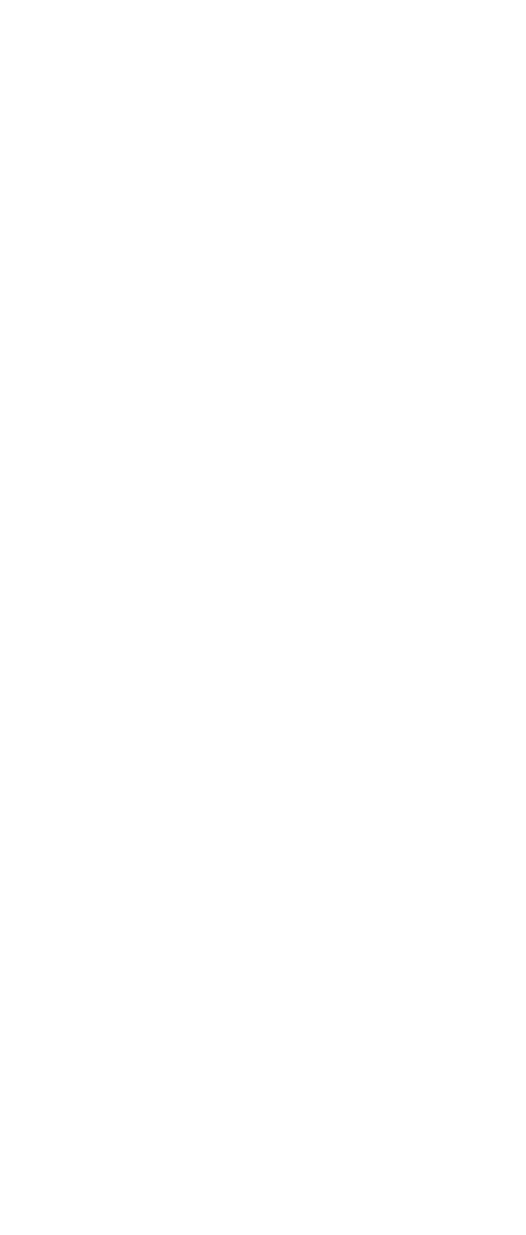
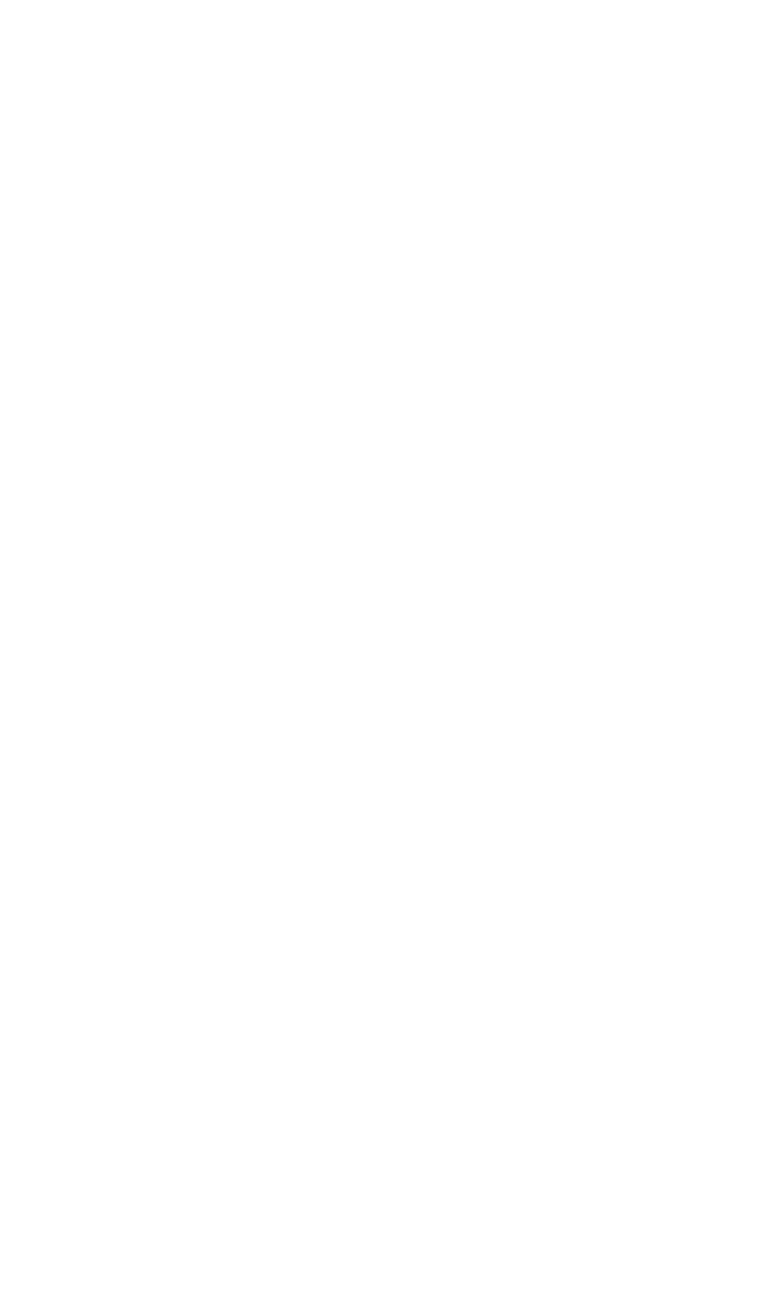
Before and after one commit to mickey-is-codin/data-structures: the diagram in binary-trees/graphviz/rand_tree.dot, drawn with Graphviz. The commit also changed 4 other files, not shown here.

```diff
--- a/binary-trees/graphviz/rand_tree.dot
+++ b/binary-trees/graphviz/rand_tree.dot
@@ -1,36 +1,96 @@
 digraph BST {
 	graph [ dpi = 300 ];
 	node [shape=circle];
 	size="6,6";
 	24 -> 0;
 	24 -> 88;
 	0 -> -59;
 	0 -> 13;
+	-59 -> -97;
+	-59 -> -54;
 null1 [shape=point];
-	-59 -> null1;
-	-59 -> -54;
-null2 [shape=point];
-	-54 -> null2;
+	-97 -> null1;
+	-97 -> -72;
+	-72 -> -73;
+null2 [shape=point]
+	-72 -> null2;
+	-73 -> -91;
+null3 [shape=point]
+	-73 -> null3;
+null4 [shape=point];
+	-91 -> null4;
+	-91 -> -84;
+null5 [shape=point];
+	-84 -> null5;
+null6 [shape=point]
+	-84 -> null6;
+null7 [shape=point];
+	-54 -> null7;
 	-54 -> -11;
 	-11 -> -48;
-null3 [shape=point]
-	-11 -> null3;
-null4 [shape=point];
-	-48 -> null4;
-null5 [shape=point]
-	-48 -> null5;
-null6 [shape=point];
-	13 -> null6;
+	-11 -> -9;
+null8 [shape=point];
+	-48 -> null8;
+	-48 -> -40;
+null9 [shape=point];
+	-40 -> null9;
+	-40 -> -26;
+	-26 -> -30;
+	-26 -> -18;
+null10 [shape=point];
+	-30 -> null10;
+null11 [shape=point]
+	-30 -> null11;
+	-18 -> -20;
+	-18 -> -16;
+null12 [shape=point];
+	-20 -> null12;
+null13 [shape=point]
+	-20 -> null13;
+null14 [shape=point];
+	-16 -> null14;
+	-16 -> -16;
+null15 [shape=point];
+	-16 -> null15;
+null16 [shape=point]
+	-16 -> null16;
+null17 [shape=point];
+	-9 -> null17;
+null18 [shape=point]
+	-9 -> null18;
+	13 -> 5;
 	13 -> 20;
-null7 [shape=point];
-	20 -> null7;
+null19 [shape=point];
+	5 -> null19;
+null20 [shape=point]
+	5 -> null20;
+	20 -> 15;
 	20 -> 22;
-null8 [shape=point];
-	22 -> null8;
-null9 [shape=point]
-	22 -> null9;
-null10 [shape=point];
-	88 -> null10;
-null11 [shape=point]
-	88 -> null11;
+null21 [shape=point];
+	15 -> null21;
+null22 [shape=point]
+	15 -> null22;
+null23 [shape=point];
+	22 -> null23;
+	22 -> 22;
+null24 [shape=point];
+	22 -> null24;
+null25 [shape=point]
+	22 -> null25;
+	88 -> 69;
+	88 -> 88;
+	69 -> 47;
+	69 -> 76;
+null26 [shape=point];
+	47 -> null26;
+null27 [shape=point]
+	47 -> null27;
+null28 [shape=point];
+	76 -> null28;
+null29 [shape=point]
+	76 -> null29;
+null30 [shape=point];
+	88 -> null30;
+null31 [shape=point]
+	88 -> null31;
 }
```
